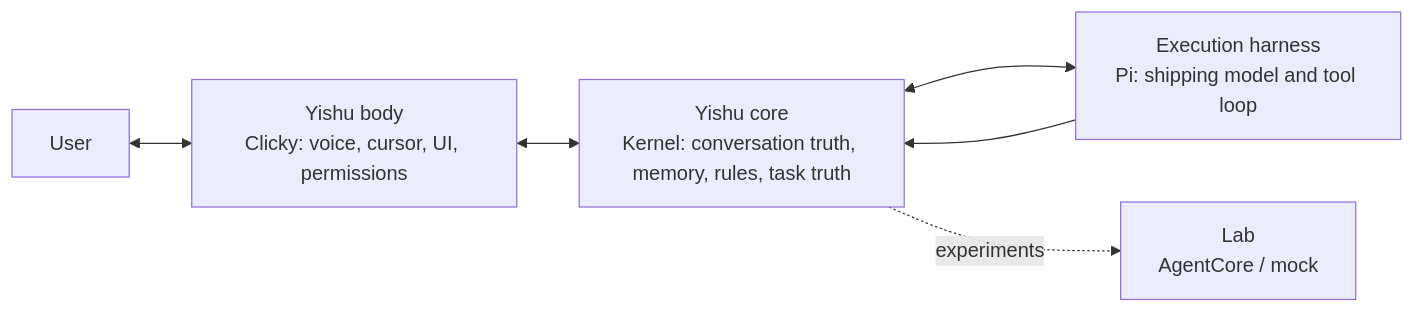
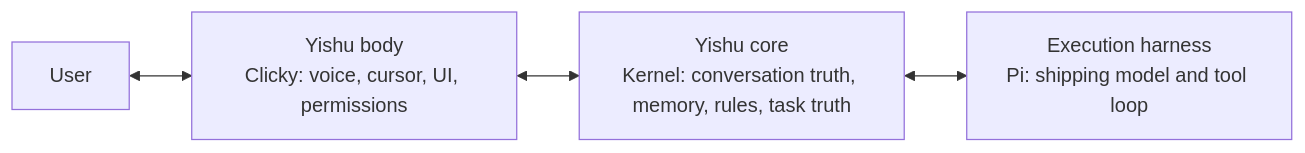
Before and after one commit to yishu-ziyu/yishu: the diagram in docs/architecture.md, drawn with Mermaid. The commit also changed other lines of this file and 9 other files, not shown here.

````diff
--- a/docs/architecture.md
+++ b/docs/architecture.md
@@ -61,8 +61,6 @@
 ```mermaid
 flowchart LR
   U["User"] <--> B["Yishu body<br/>Clicky: voice, cursor, UI, permissions"]
   B <--> K["Yishu core<br/>Kernel: conversation truth, memory, rules, task truth"]
   K <--> E["Execution harness<br/>Pi: shipping model and tool loop"]
-  K -. experiments .-> L["Lab<br/>AgentCore / mock"]
-  E --> K
 ```
````
